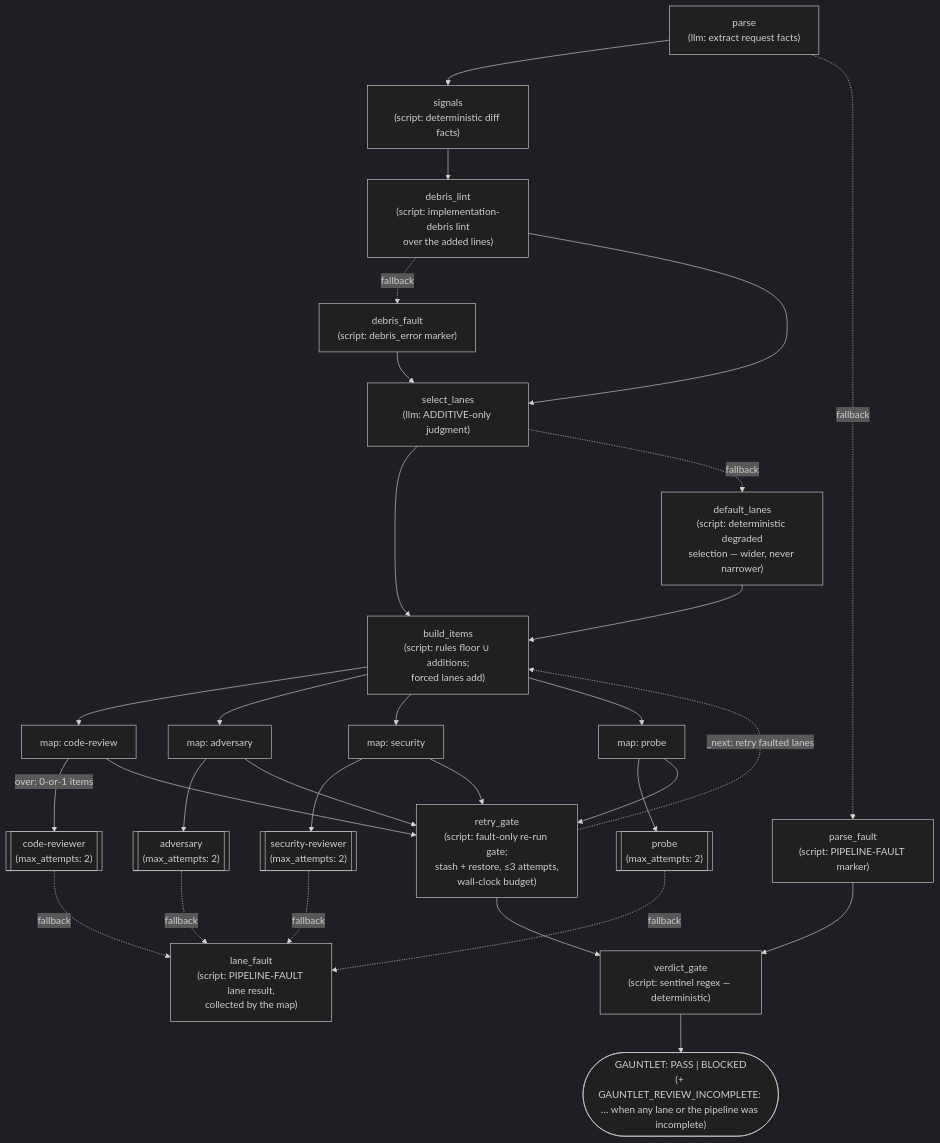
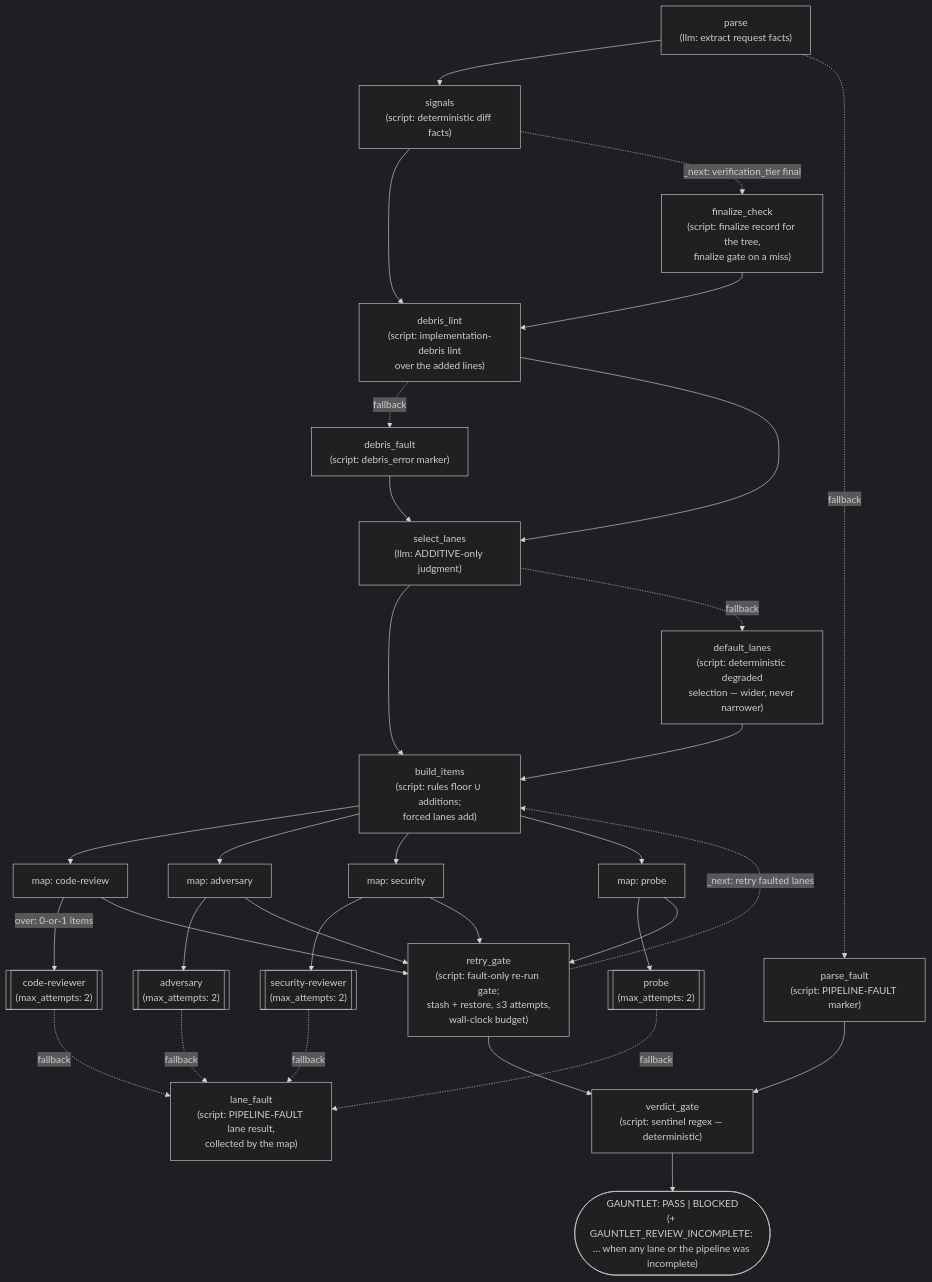
One commit to Dark-Alex-17/coyote changed the diagram in assets/agents/review-gauntlet/README.md. Above: the diagram before and after it, drawn with Mermaid (dark theme). The commit also changed other lines of this file and 15 other files, not shown here.

````diff
--- a/assets/agents/review-gauntlet/README.md
+++ b/assets/agents/review-gauntlet/README.md
@@ -11,26 +11,28 @@
 ```mermaid
 flowchart TD
     parse["parse<br/>(llm: extract request facts)"] --> signals["signals<br/>(script: deterministic diff facts)"]
     parse -. "fallback" .-> pfault["parse_fault<br/>(script: PIPELINE-FAULT marker)"]
     pfault --> gate
     signals --> debris["debris_lint<br/>(script: implementation-debris lint<br/>over the added lines)"]
+    signals -. "_next: verification_tier final" .-> fcheck["finalize_check<br/>(script: finalize record for the tree,<br/>finalize gate on a miss)"]
+    fcheck --> debris
     debris -. "fallback" .-> dfault["debris_fault<br/>(script: debris_error marker)"]
     dfault --> select
     debris --> select["select_lanes<br/>(llm: ADDITIVE-only judgment)"]
     select --> build["build_items<br/>(script: rules floor ∪ additions;<br/>forced lanes add)"]
     select -. "fallback" .-> dlanes["default_lanes<br/>(script: deterministic degraded<br/>selection — wider, never narrower)"]
     dlanes --> build
     build --> mcr["map: code-review"] & madv["map: adversary"] & msec["map: security"] & mpb["map: probe"]
     mcr -->|"over: 0-or-1 items"| rcr[["code-reviewer<br/>(max_attempts: 2)"]]
     madv --> radv[["adversary<br/>(max_attempts: 2)"]]
     msec --> rsec[["security-reviewer<br/>(max_attempts: 2)"]]
     mpb --> rpb[["probe<br/>(max_attempts: 2)"]]
     rcr -. "fallback" .-> lfault["lane_fault<br/>(script: PIPELINE-FAULT lane result,<br/>collected by the map)"]
     radv -. "fallback" .-> lfault
     rsec -. "fallback" .-> lfault
     rpb -. "fallback" .-> lfault
     mcr & madv & msec & mpb --> rgate["retry_gate<br/>(script: fault-only re-run gate;<br/>stash + restore, ≤3 attempts,<br/>wall-clock budget)"]
     rgate -. "_next: retry faulted lanes" .-> build
     rgate --> gate["verdict_gate<br/>(script: sentinel regex — deterministic)"]
     gate --> done(["GAUNTLET: PASS | BLOCKED<br/>(+ GAUNTLET_REVIEW_INCOMPLETE: … when any lane or the pipeline was incomplete)"])
 ```
````
